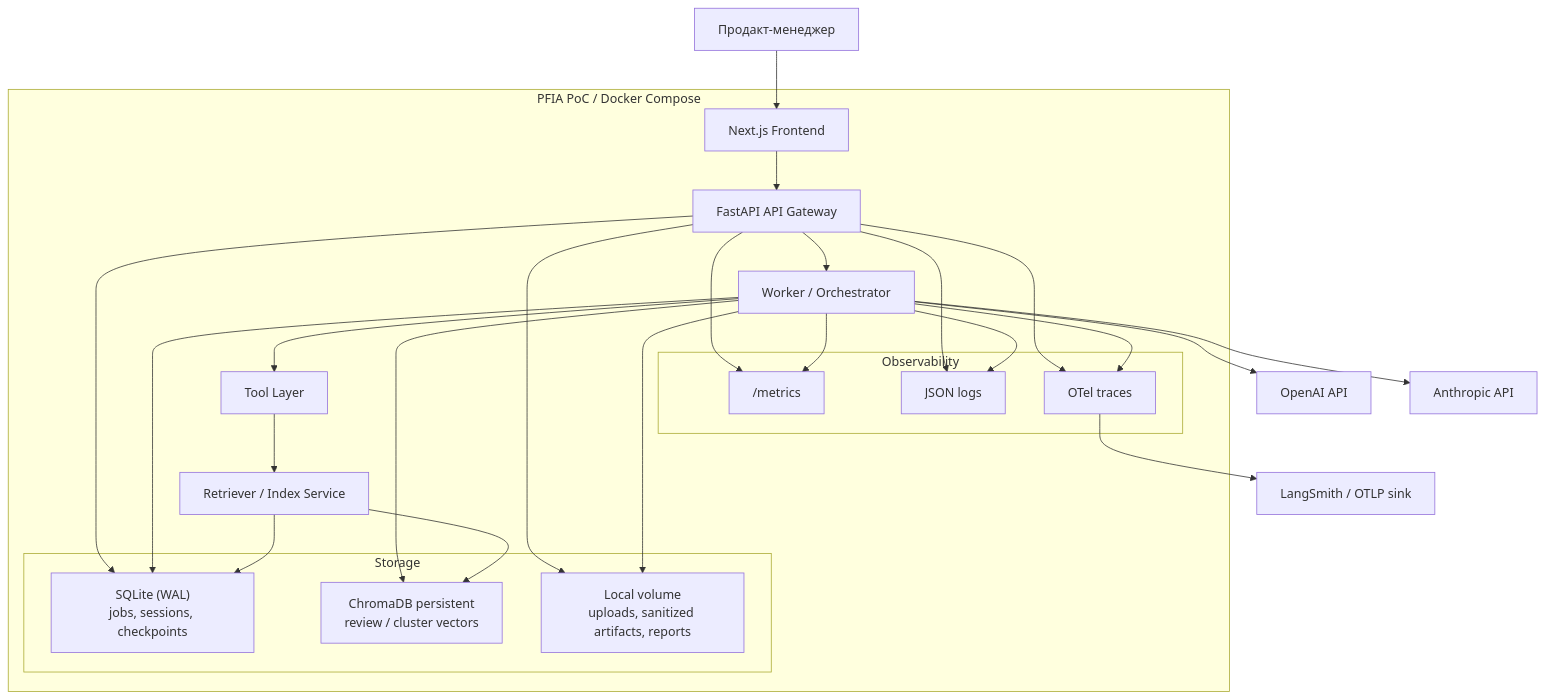
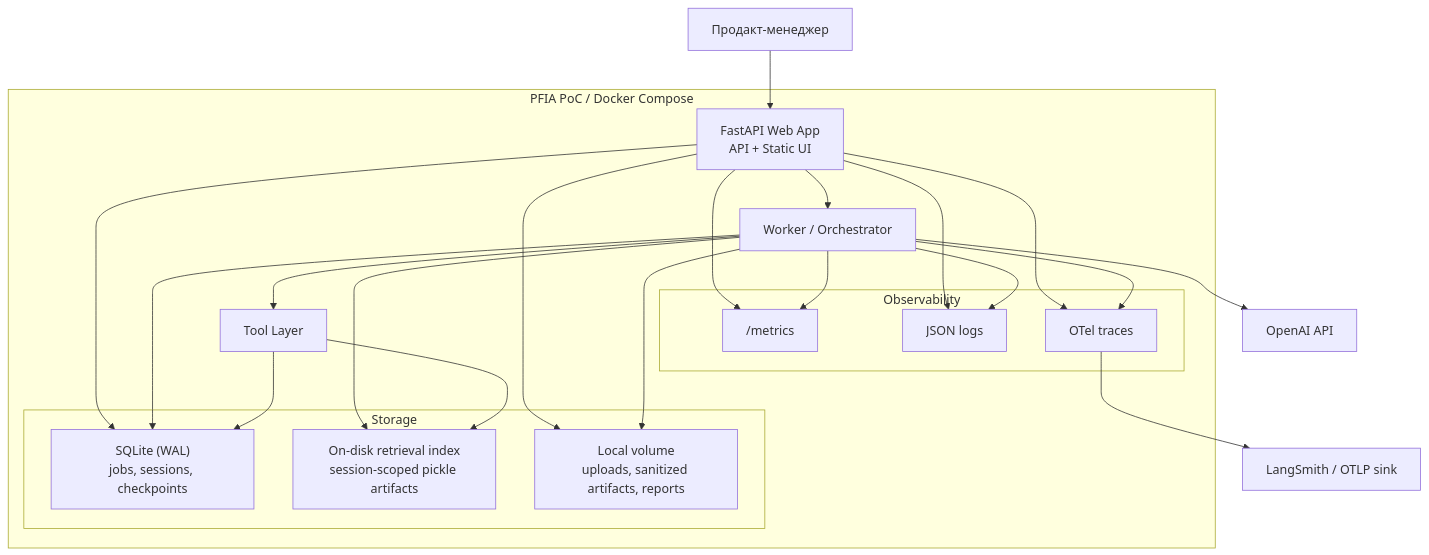
The diagram in docs/diagrams/c4-container.md (rizvansky/product-feedback-intelligence-agent), drawn with Mermaid before and after one commit. The commit also changed 37 other files, not shown here.

````diff
--- a/docs/diagrams/c4-container.md
+++ b/docs/diagrams/c4-container.md
@@ -5,50 +5,44 @@
 ```mermaid
 flowchart TB
     user["Продакт-менеджер"]
 
     subgraph pfia["PFIA PoC / Docker Compose"]
-        ui["Next.js Frontend"]
-        api["FastAPI API Gateway"]
+        api["FastAPI Web App<br/>API + Static UI"]
         worker["Worker / Orchestrator"]
         tool["Tool Layer"]
-        retr["Retriever / Index Service"]
 
         subgraph storage["Storage"]
             sql["SQLite (WAL)<br/>jobs, sessions, checkpoints"]
-            chroma["ChromaDB persistent<br/>review / cluster vectors"]
+            index["On-disk retrieval index<br/>session-scoped pickle artifacts"]
             files["Local volume<br/>uploads, sanitized artifacts, reports"]
         end
 
         subgraph observability["Observability"]
             metrics["/metrics"]
             logs["JSON logs"]
             traces["OTel traces"]
         end
     end
 
     openai["OpenAI API"]
-    anthropic["Anthropic API"]
     langsmith["LangSmith / OTLP sink"]
 
-    user --> ui
-    ui --> api
+    user --> api
     api --> sql
     api --> files
     api --> worker
     worker --> sql
     worker --> files
-    worker --> chroma
+    worker --> index
     worker --> tool
-    tool --> retr
-    retr --> chroma
-    retr --> sql
+    tool --> index
+    tool --> sql
     worker --> openai
-    worker --> anthropic
     api --> metrics
     worker --> metrics
     api --> logs
     worker --> logs
     api --> traces
     worker --> traces
     traces --> langsmith
 ```
````
